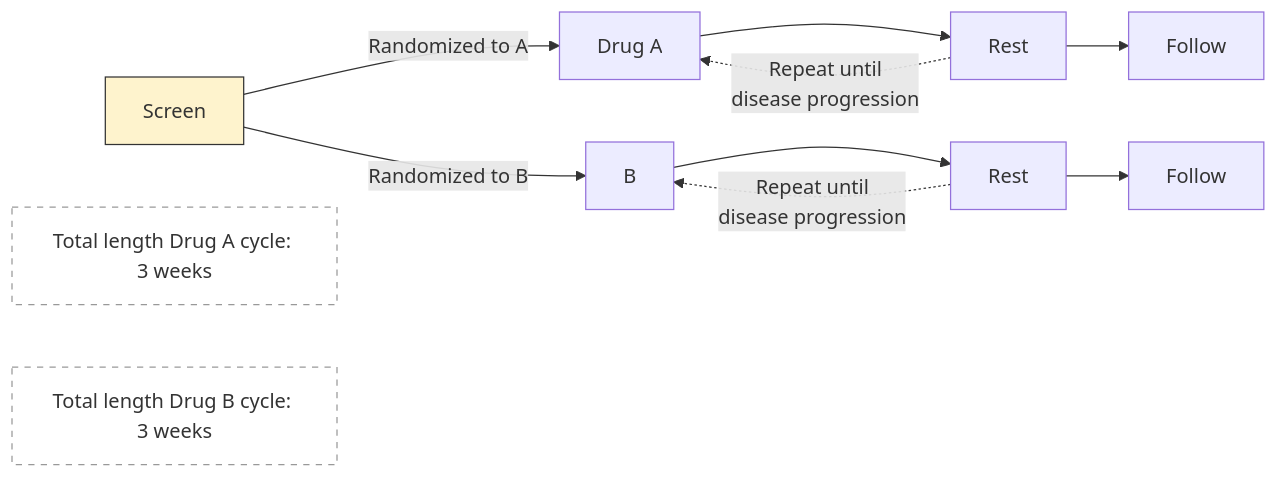
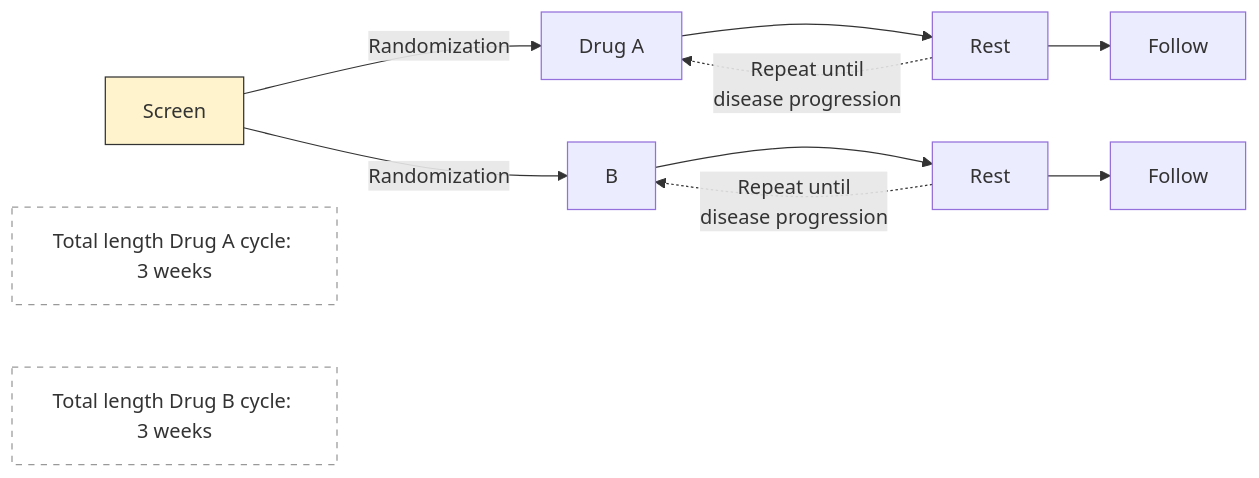
One commit to hakupao/sdtm-pedia changed diagram 18 of 24 in knowledge_base/domains/TA/examples.md. Above: the diagram before and after it, drawn with Mermaid. The commit also changed other lines of this file and 12 other files, not shown here.

First line of the commit message:
fix(kb): Tier B batch B-TA — TA narratives restored + 24 Mermaid vs PDF figures (PASS after 3 attempts; local)

````diff
--- a/knowledge_base/domains/TA/examples.md
+++ b/knowledge_base/domains/TA/examples.md
@@ -502,13 +707,13 @@
 ```mermaid
 graph LR
     S[Screen]
-    S -->|"Randomized to A"| DA[Drug A] --> RA[Rest] --> FA[Follow]
-    S -->|"Randomized to B"| DB[B] --> RB[Rest] --> FB[Follow]
+    S -->|"Randomization"| DA[Drug A] --> RA[Rest] --> FA[Follow]
+    S -->|"Randomization"| DB[B] --> RB[Rest] --> FB[Follow]
     RA -.->|"Repeat until<br/>disease progression"| DA
     RB -.->|"Repeat until<br/>disease progression"| DB
     note1["Total length Drug A cycle: 3 weeks"]
     note2["Total length Drug B cycle: 3 weeks"]
     style S fill:#fef3cd,stroke:#333
     style note1 fill:#fff,stroke:#999,stroke-dasharray:5 5
     style note2 fill:#fff,stroke:#999,stroke-dasharray:5 5
 ```
````
